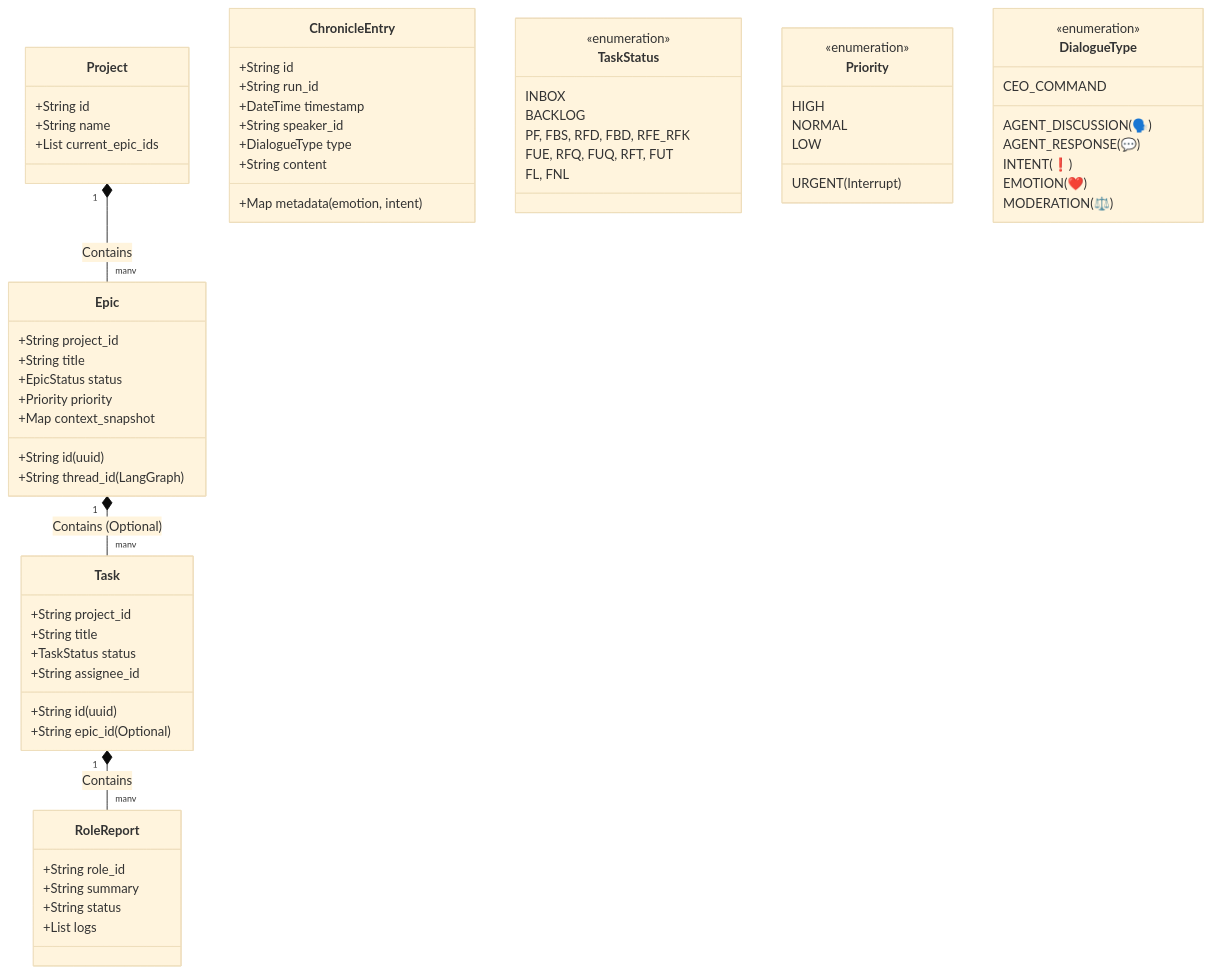
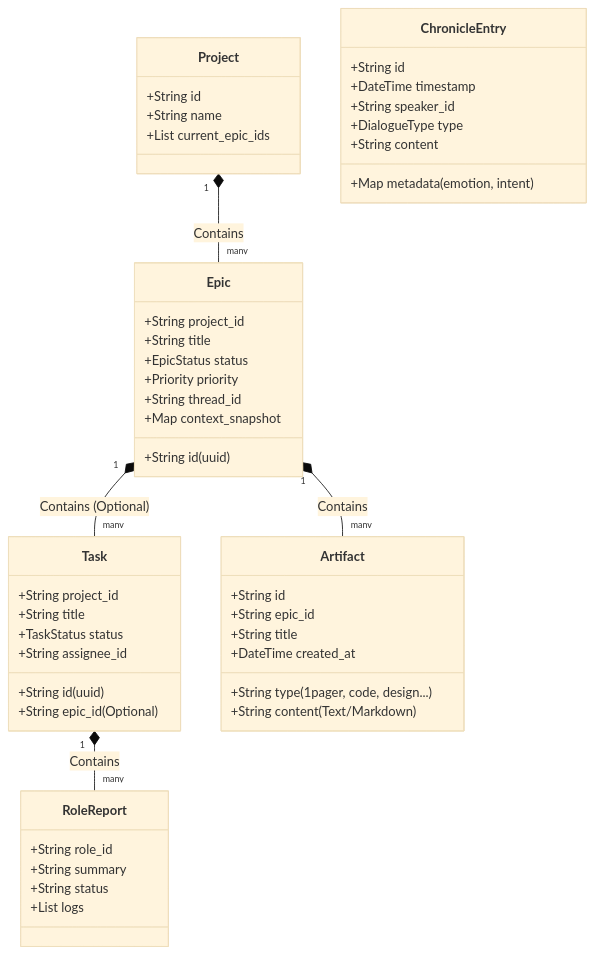
Before and after one commit to KyleL22/yuna-openclaw: the second of 2 diagrams in docs/core/process/SYSTEM_DESIGN_V1_0.md, drawn with Mermaid (base theme). The commit also changed other lines of this file, not shown here.

Commit message:
Docs: Finalize System Design v15.4 (Reflect All-in-DB & Main Agent Role)

````diff
--- a/docs/core/process/SYSTEM_DESIGN_V1_0.md
+++ b/docs/core/process/SYSTEM_DESIGN_V1_0.md
@@ -82,77 +82,58 @@
 ```mermaid
 classDiagram
     %% Core Entities
     class Project {
         +String id
         +String name
         +List current_epic_ids
     }
 
     class Epic {
         +String id (uuid)
         +String project_id
         +String title
         +EpicStatus status
         +Priority priority
-        +String thread_id (LangGraph)
+        +String thread_id
         +Map context_snapshot
     }
 
     class Task {
         +String id (uuid)
         +String epic_id (Optional)
         +String project_id
         +String title
         +TaskStatus status
         +String assignee_id
     }
 
+    class Artifact {
+        +String id
+        +String epic_id
+        +String type (1pager, code, design...)
+        +String title
+        +String content (Text/Markdown)
+        +DateTime created_at
+    }
+
     class RoleReport {
         +String role_id
         +String summary
         +String status
         +List logs
     }
 
     class ChronicleEntry {
         +String id
-        +String run_id
         +DateTime timestamp
         +String speaker_id
         +DialogueType type
         +String content
         +Map metadata (emotion, intent)
     }
 
-    %% Enums
-    class TaskStatus {
-        <<enumeration>>
-        INBOX
-        BACKLOG
-        PF, FBS, RFD, FBD, RFE_RFK
-        FUE, RFQ, FUQ, RFT, FUT
-        FL, FNL
-    }
-
-    class Priority {
-        <<enumeration>>
-        URGENT (Interrupt)
-        HIGH
-        NORMAL
-        LOW
-    }
-
-    class DialogueType {
-        <<enumeration>>
-        CEO_COMMAND
-        AGENT_DISCUSSION (🗣️)
-        AGENT_RESPONSE (💬)
-        INTENT (❗️)
-        EMOTION (❤️)
-        MODERATION (⚖️)
-    }
-
     Project "1" *-- "many" Epic : Contains
     Epic "1" *-- "many" Task : Contains (Optional)
+    Epic "1" *-- "many" Artifact : Contains
     Task "1" *-- "many" RoleReport : Contains
 ```
````
